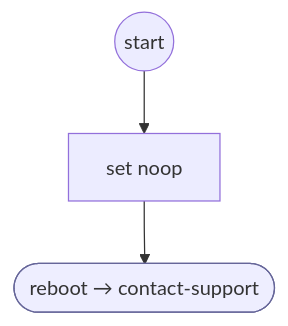
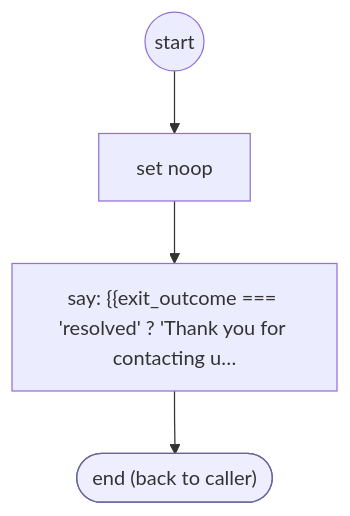
The diagram in docs/flows/system/global-exit.md (ronpinkas/jsfe), drawn with Mermaid before and after one commit. The commit also changed other lines of this file and 26 other files, not shown here.

First line of the commit message:
jsfe flows: reference copy of the prod shared sets from AIDevelopment 659ad72 (global-exit 1.1.0, contact-support 1.4.0, the declinable apartment); the retired flows' pages removed (ask-address, cancel-process, card-entry, read-form-reply and the nine single-field collectors).

````diff
--- a/docs/flows/system/global-exit.md
+++ b/docs/flows/system/global-exit.md
@@ -18,13 +18,15 @@
 ```mermaid
 flowchart TD
    START(("start"))
    n0["set noop"]
    START --> n0
-   n1(["reboot → contact-support"])
-   class n1 endstep
+   n1["say: #123;#123;exit_outcome === 'resolved' ? 'Thank you for contacting u…"]
    n0 --> n1
+   DONE(["end (back to caller)"])
+   class DONE endstep
+   n1 --> DONE
    classDef endstep fill:#eef,stroke:#669
    classDef toolstep fill:#efe,stroke:#696
    classDef flowstep fill:#fef6e0,stroke:#b80
    classDef inputstep fill:#f3eefc,stroke:#75a
 ```
````
